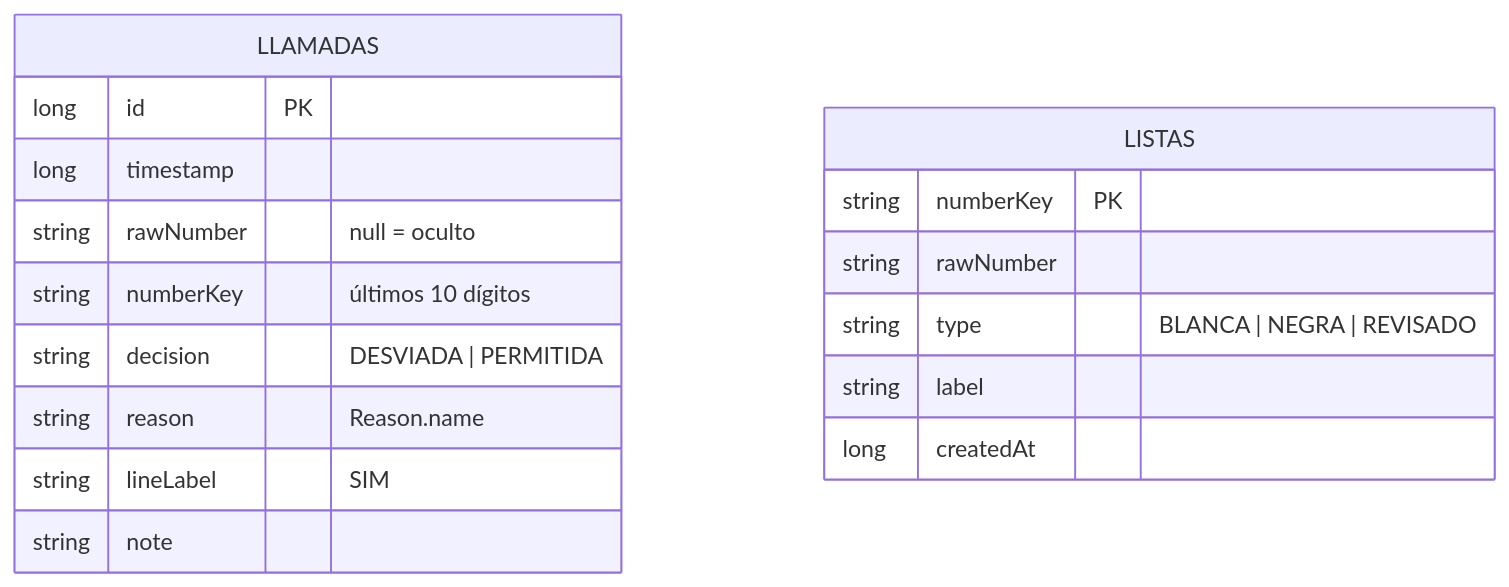
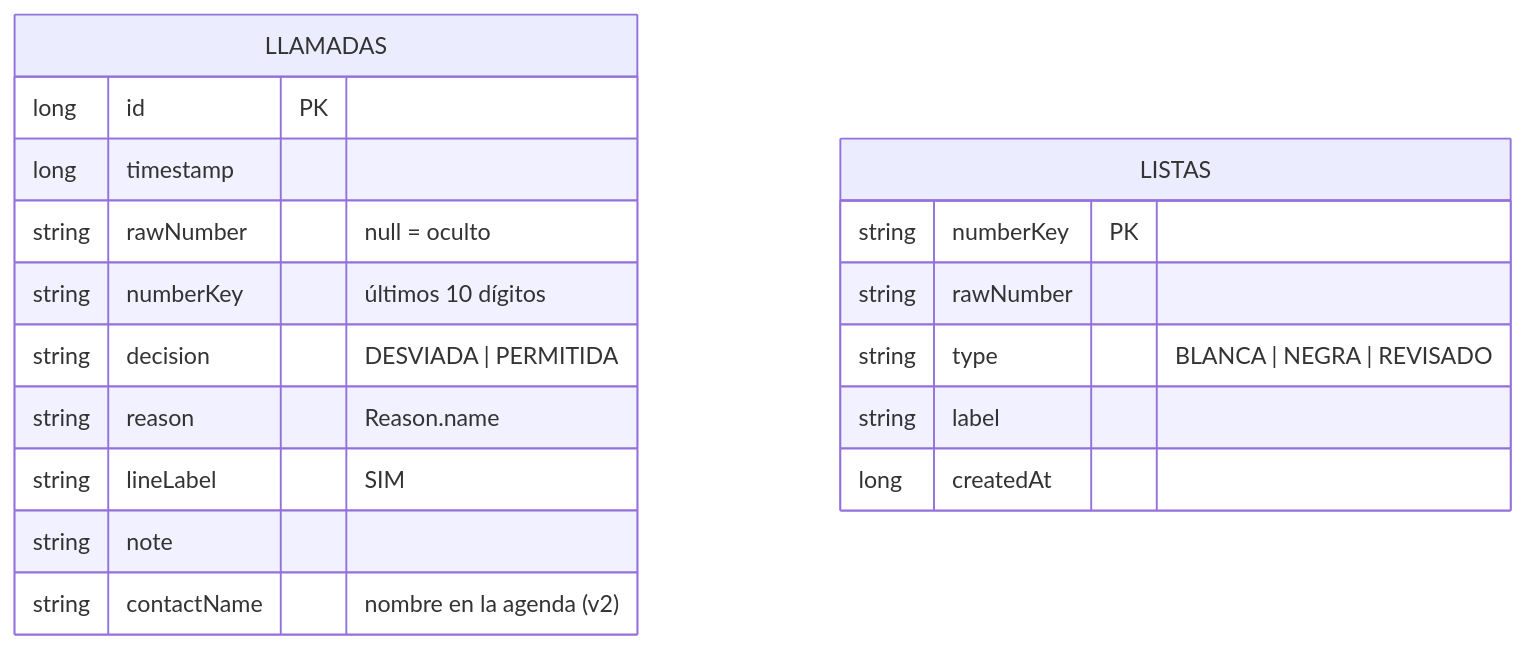
Before and after one commit to NormanEn1/FiltroLlamadas: the fourth of 4 diagrams in docs/ARQUITECTURA.md, drawn with Mermaid. The commit also changed other lines of this file and 15 other files, not shown here.

````diff
--- a/docs/ARQUITECTURA.md
+++ b/docs/ARQUITECTURA.md
@@ -126,20 +128,21 @@
 ```mermaid
 erDiagram
     LLAMADAS {
         long id PK
         long timestamp
         string rawNumber "null = oculto"
         string numberKey "últimos 10 dígitos"
         string decision "DESVIADA | PERMITIDA"
         string reason "Reason.name"
         string lineLabel "SIM"
         string note
+        string contactName "nombre en la agenda (v2)"
     }
     LISTAS {
         string numberKey PK
         string rawNumber
         string type "BLANCA | NEGRA | REVISADO"
         string label
         long createdAt
     }
 ```
````
